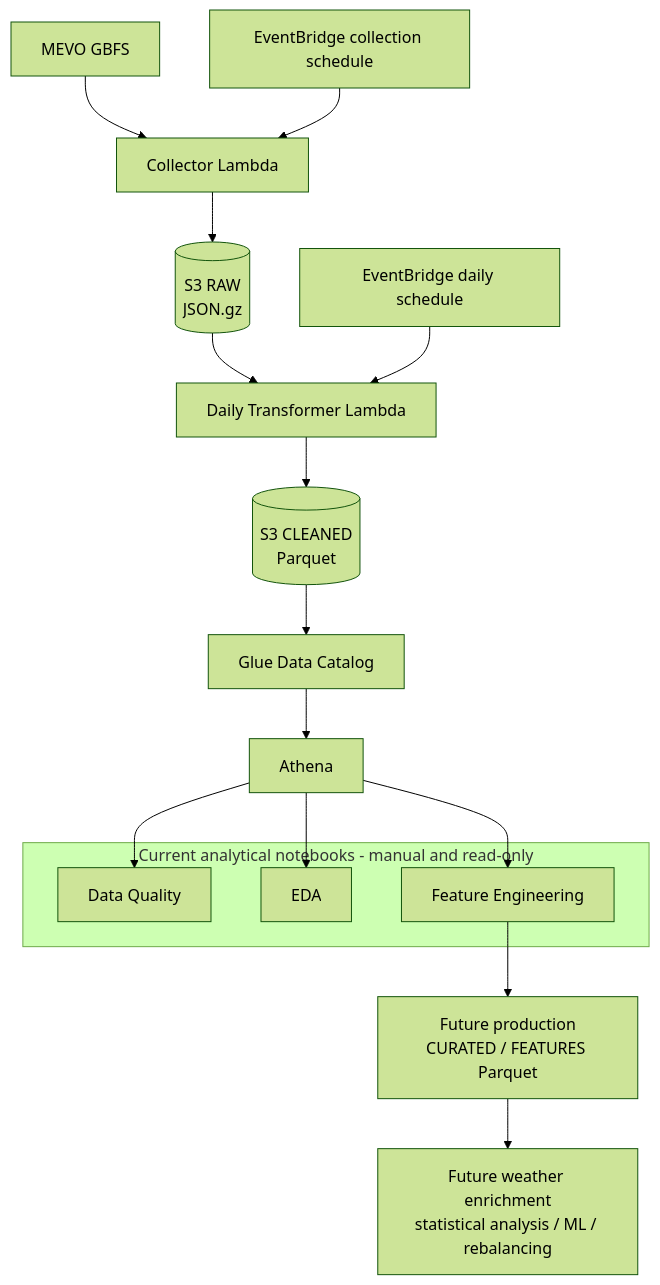
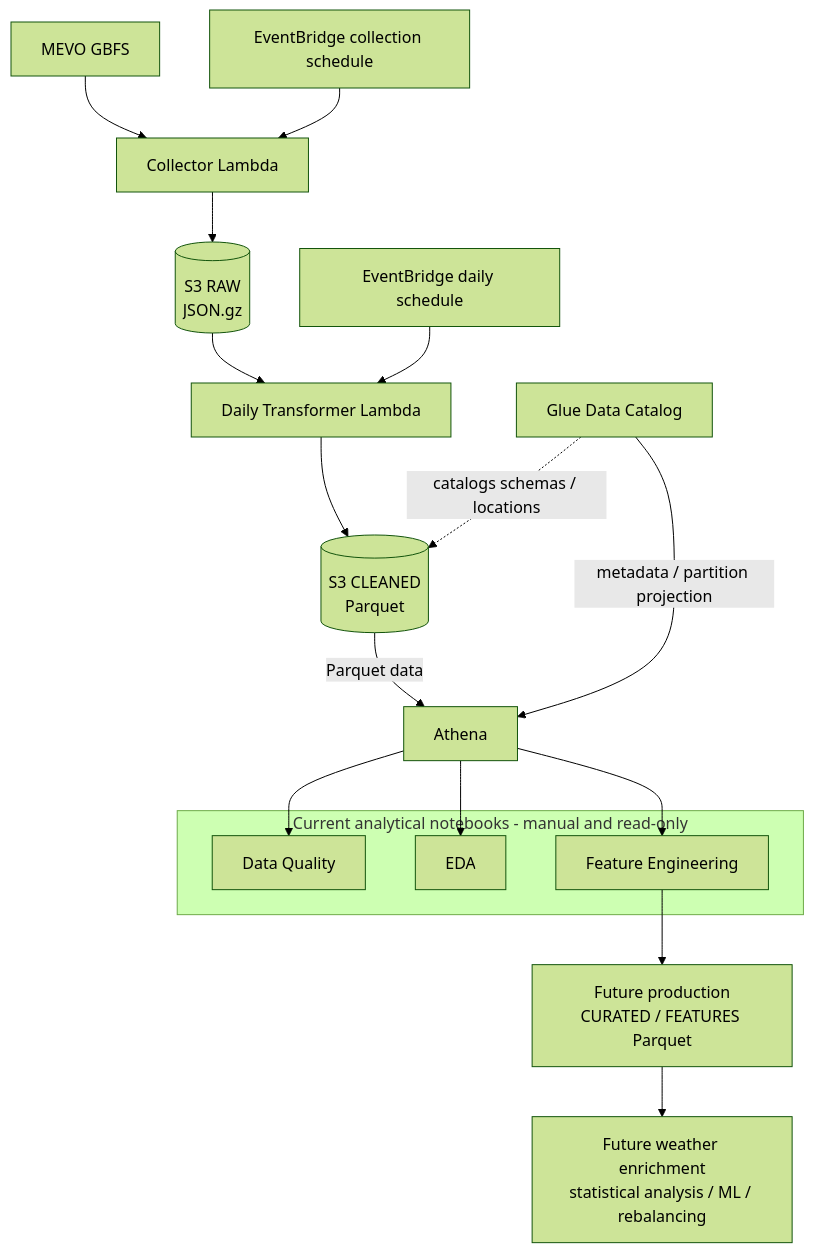
One commit to s194586/mevo-urban-mobility-analytics changed the diagram in docs/architecture.md. Above: the diagram before and after it, drawn with Mermaid (forest theme). The commit also changed 1 other file, not shown here.

Commit message:
docs: clarify Glue and Athena data flow

````diff
--- a/docs/architecture.md
+++ b/docs/architecture.md
@@ -13,35 +13,36 @@
 ```mermaid
 flowchart TB
     GBFS[MEVO GBFS]
     COLLECT_SCHEDULE[EventBridge collection schedule]
     TRANSFORM_SCHEDULE[EventBridge daily schedule]
     COLLECTOR[Collector Lambda]
     RAW[(S3 RAW<br/>JSON.gz)]
     TRANSFORMER[Daily Transformer Lambda]
     CLEANED[(S3 CLEANED<br/>Parquet)]
     GLUE[Glue Data Catalog]
     ATHENA[Athena]
 
     subgraph ANALYTICAL[Current analytical notebooks - manual and read-only]
         DQ[Data Quality]
         EDA[EDA]
         FE[Feature Engineering]
     end
 
     FEATURES[Future production<br/>CURATED / FEATURES Parquet]
     FUTURE[Future weather enrichment<br/>statistical analysis / ML / rebalancing]
 
     GBFS --> COLLECTOR
     COLLECT_SCHEDULE --> COLLECTOR
     COLLECTOR --> RAW
     RAW --> TRANSFORMER
     TRANSFORM_SCHEDULE --> TRANSFORMER
     TRANSFORMER --> CLEANED
-    CLEANED --> GLUE
-    GLUE --> ATHENA
+    CLEANED -->|Parquet data| ATHENA
+    GLUE -. catalogs schemas / locations .-> CLEANED
+    GLUE -->|metadata / partition projection| ATHENA
     ATHENA --> DQ
     ATHENA --> EDA
     ATHENA --> FE
     FE --> FEATURES
     FEATURES --> FUTURE
 ```
````
